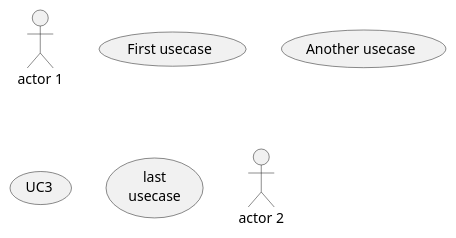
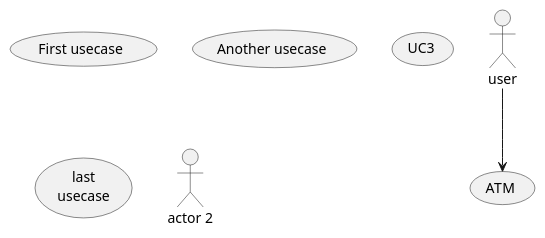
Before and after one commit to leath-dub/puml: the diagram in test_use_case.puml, drawn with PlantUML.

Commit message:
auto-commit: added/modified test_use_case.puml

```diff
--- a/test_use_case.puml
+++ b/test_use_case.puml
@@ -1,10 +1,10 @@
 @startuml
 
-:actor 1:
+:user: --> (ATM)
 (First usecase)
 (Another usecase) as (UC2)
 usecase UC3
 usecase (last\nusecase) as UC4
 :actor 2:
 
 @enduml
```
